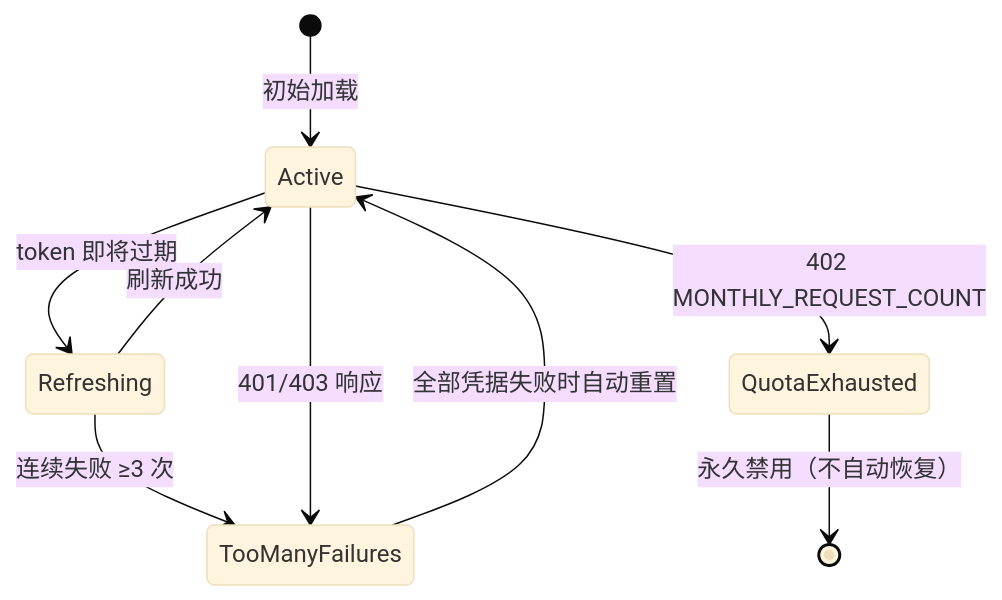
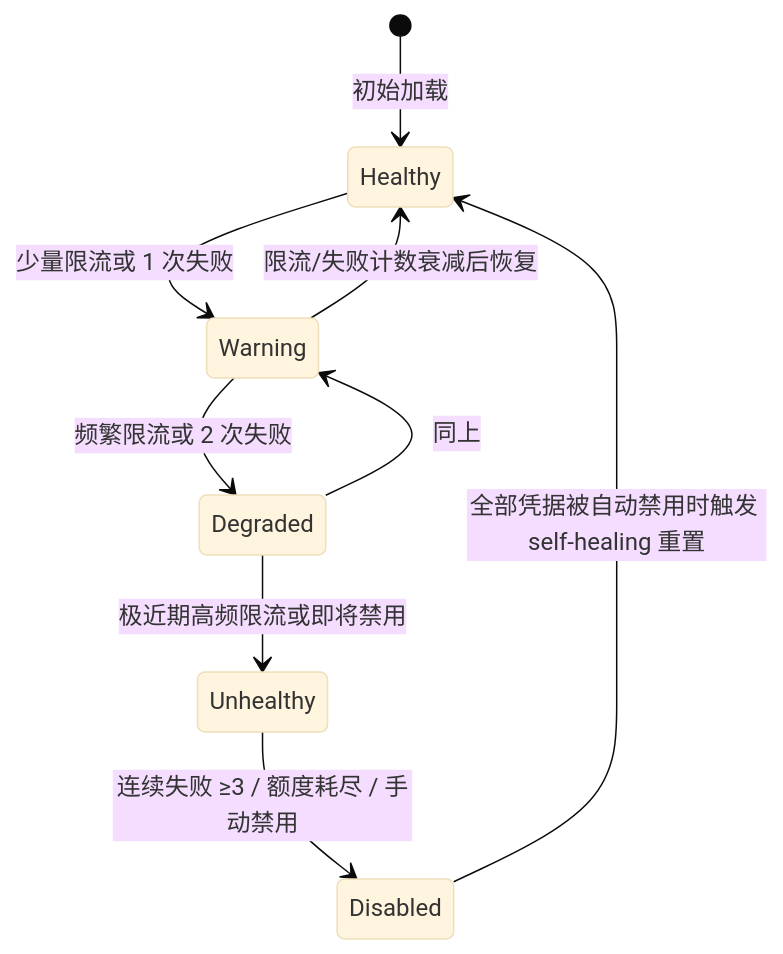
Before and after one commit to TsinHzl/kiro2cc-proxy: the first of 4 diagrams in docs/kiro2cc-proxy_源码全景解析.md, drawn with Mermaid (base theme). The commit also changed other lines of this file and 6 other files, not shown here.

````diff
--- a/docs/kiro2cc-proxy_源码全景解析.md
+++ b/docs/kiro2cc-proxy_源码全景解析.md
@@ -515,11 +558,11 @@
 ```mermaid
 stateDiagram-v2
-    [*] --> Active: 初始加载
-    Active --> Refreshing: token 即将过期
-    Refreshing --> Active: 刷新成功
-    Refreshing --> TooManyFailures: 连续失败 ≥3 次
-    Active --> TooManyFailures: 401/403 响应
-    Active --> QuotaExhausted: 402 MONTHLY_REQUEST_COUNT
-    TooManyFailures --> Active: 全部凭据失败时自动重置
-    QuotaExhausted --> [*]: 永久禁用（不自动恢复）
+    [*] --> Healthy: 初始加载
+    Healthy --> Warning: 少量限流或 1 次失败
+    Warning --> Degraded: 频繁限流或 2 次失败
+    Degraded --> Unhealthy: 极近期高频限流或即将禁用
+    Unhealthy --> Disabled: 连续失败 ≥3 / 额度耗尽 / 手动禁用
+    Disabled --> Healthy: 全部凭据被自动禁用时触发 self-healing 重置
+    Warning --> Healthy: 限流/失败计数衰减后恢复
+    Degraded --> Warning: 同上
 ```
````
